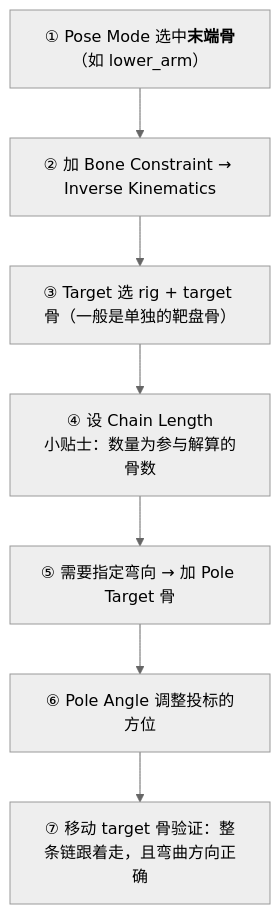
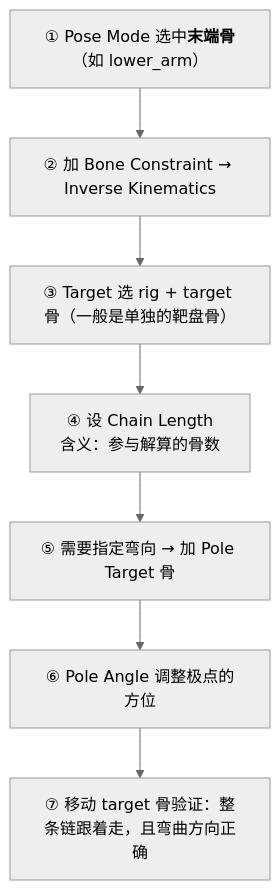
One commit to liuchamp/blenderdsv1 changed the second of 3 diagrams in Blender笔记/支线/绑定与动画/04-约束与IK-FK.md. Above: the diagram before and after it, drawn with Mermaid (neutral theme). The commit also changed other lines of this file and 16 other files, not shown here.

Commit message:
更新 Blender 笔记：补全绑定与动画 06-09 及速查与路线图修订

````diff
--- a/Blender笔记/支线/绑定与动画/04-约束与IK-FK.md
+++ b/Blender笔记/支线/绑定与动画/04-约束与IK-FK.md
@@ -65,9 +65,9 @@
 ```mermaid
 flowchart TD
     A["① Pose Mode 选中<b>末端骨</b>（如 lower_arm）"] --> B["② 加 Bone Constraint → Inverse Kinematics"]
     B --> C["③ Target 选 rig + target 骨（一般是单独的靶盘骨）"]
-    C --> D["④ 设 Chain Length<br/>小贴士：数量为参与解算的骨数"]
+    C --> D["④ 设 Chain Length<br/>含义：参与解算的骨数"]
     D --> E["⑤ 需要指定弯向 → 加 Pole Target 骨"]
-    E --> F["⑥ Pole Angle 调整投标的方位"]
+    E --> F["⑥ Pole Angle 调整极点的方位"]
     F --> G["⑦ 移动 target 骨验证：整条链跟着走，且弯曲方向正确"]
 ```
````
